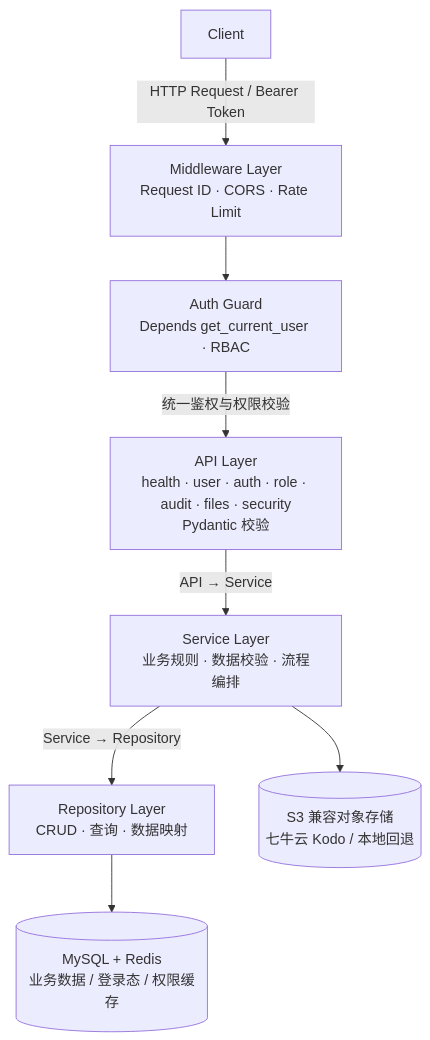
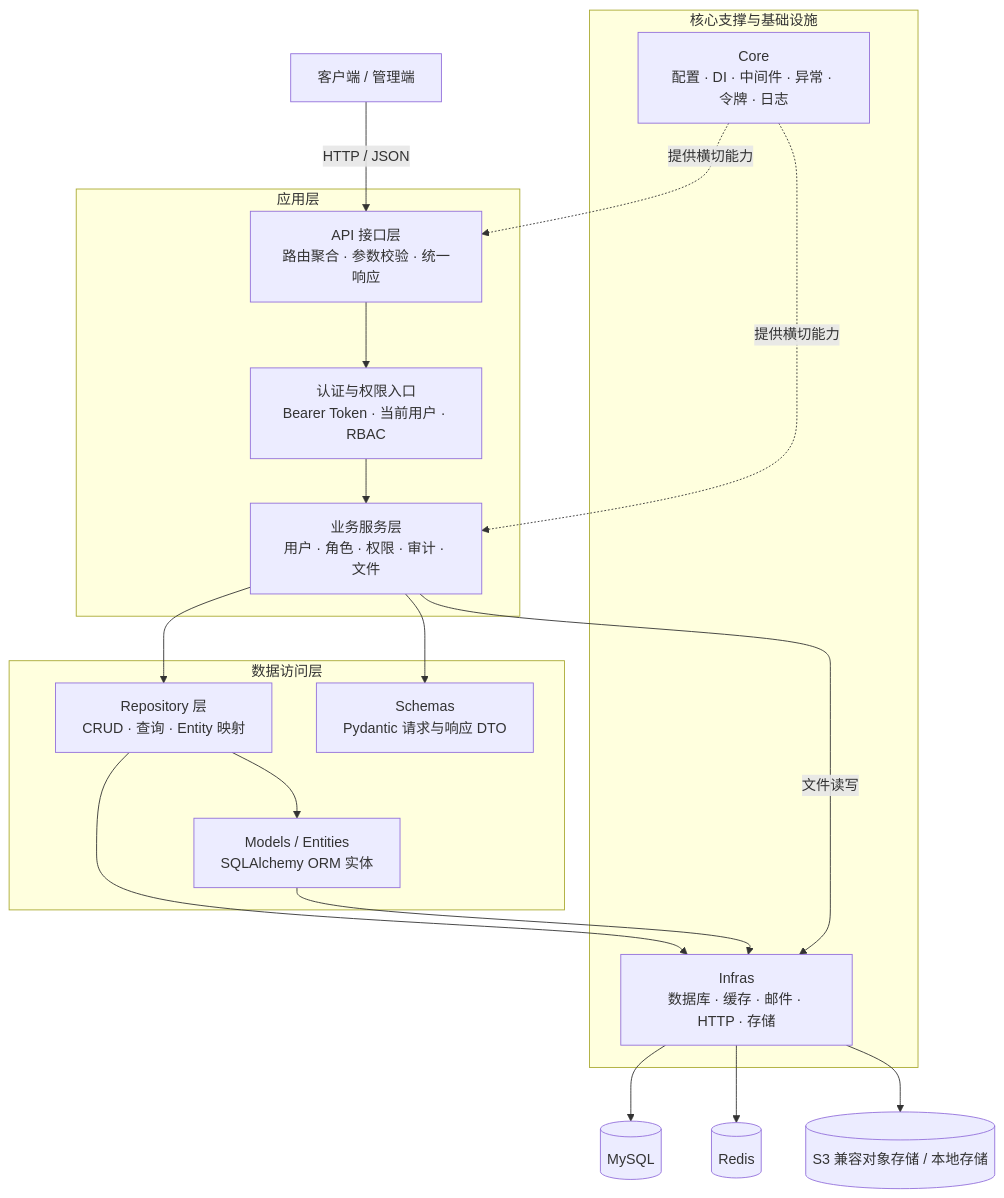
One commit to cross-lang/x-HanJiang changed the first of 3 diagrams in README.md. Above: the diagram before and after it, drawn with Mermaid. The commit also changed other lines of this file, not shown here.

````diff
--- a/README.md
+++ b/README.md
@@ -90,10 +90,29 @@
 ```mermaid
-flowchart TD
-    Client[Client] -->|HTTP Request / Bearer Token| MW[Middleware Layer<br/>Request ID · CORS · Rate Limit]
-    MW --> Guard[Auth Guard<br/>Depends get_current_user · RBAC]
-    Guard -->|统一鉴权与权限校验| API[API Layer<br/>health · user · auth · role · audit · files · security<br/>Pydantic 校验]
-    API -->|API → Service| SVC[Service Layer<br/>业务规则 · 数据校验 · 流程编排]
-    SVC -->|Service → Repository| REPO[Repository Layer<br/>CRUD · 查询 · 数据映射]
-    REPO --> DB[(MySQL + Redis<br/>业务数据 / 登录态 / 权限缓存)]
-    SVC --> OSS[(S3 兼容对象存储<br/>七牛云 Kodo / 本地回退)]
+flowchart TB
+  Client[客户端 / 管理端] -->|HTTP / JSON| API[API 接口层<br/>路由聚合 · 参数校验 · 统一响应]
+
+  subgraph Application[应用层]
+    API --> Auth[认证与权限入口<br/>Bearer Token · 当前用户 · RBAC]
+    Auth --> Service[业务服务层<br/>用户 · 角色 · 权限 · 审计 · 文件]
+  end
+
+  subgraph Data[数据访问层]
+    Service --> Repository[Repository 层<br/>CRUD · 查询 · Entity 映射]
+    Repository --> Entity[Models / Entities<br/>SQLAlchemy ORM 实体]
+    Service --> Schema[Schemas<br/>Pydantic 请求与响应 DTO]
+  end
+
+  subgraph Support[核心支撑与基础设施]
+    Core[Core<br/>配置 · DI · 中间件 · 异常 · 令牌 · 日志]
+    Infra[Infras<br/>数据库 · 缓存 · 邮件 · HTTP · 存储]
+  end
+
+  Core -.提供横切能力.-> API
+  Core -.提供横切能力.-> Service
+  Repository --> Infra
+  Entity --> Infra
+  Service -->|文件读写| Infra
+  Infra --> DB[(MySQL)]
+  Infra --> Redis[(Redis)]
+  Infra --> OSS[(S3 兼容对象存储 / 本地存储)]
 ```
````
